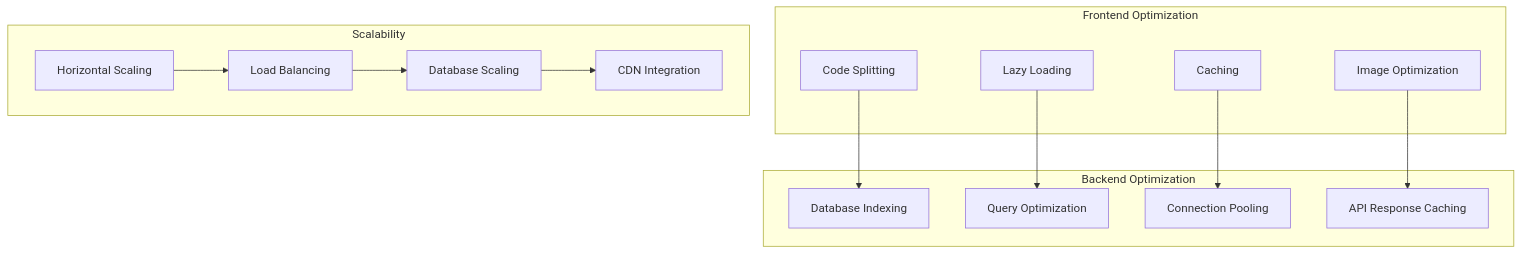
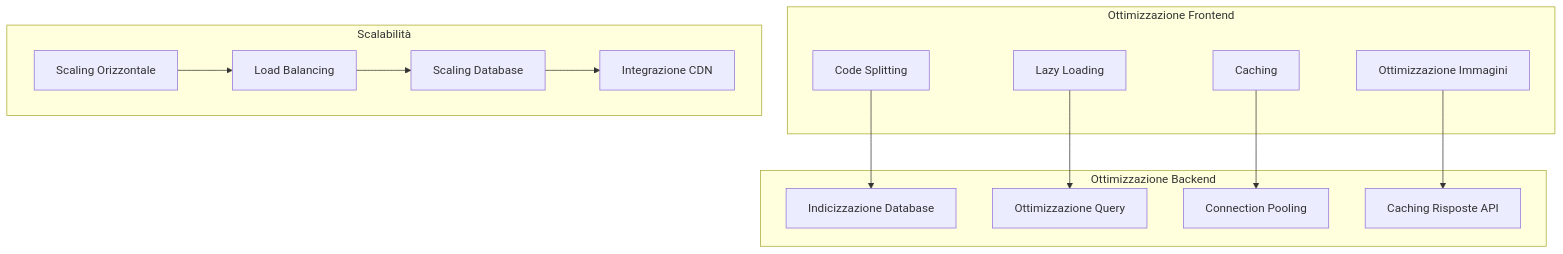
Before and after one commit to rosariomoscato/ValutAI: the tenth of 11 diagrams in ValutAI Tech Summary.md, drawn with Mermaid. The commit also changed other lines of this file and 3 other files, not shown here.

````diff
--- a/ValutAI Tech Summary.md
+++ b/ValutAI Tech Summary.md
@@ -543,29 +543,29 @@
 ```mermaid
 graph TD
-    subgraph "Frontend Optimization"
+    subgraph "Ottimizzazione Frontend"
         A[Code Splitting]
         B[Lazy Loading]
         C[Caching]
-        D[Image Optimization]
+        D[Ottimizzazione Immagini]
     end
     
-    subgraph "Backend Optimization"
-        E[Database Indexing]
-        F[Query Optimization]
+    subgraph "Ottimizzazione Backend"
+        E[Indicizzazione Database]
+        F[Ottimizzazione Query]
         G[Connection Pooling]
-        H[API Response Caching]
+        H[Caching Risposte API]
     end
     
-    subgraph "Scalability"
-        I[Horizontal Scaling]
+    subgraph "Scalabilità"
+        I[Scaling Orizzontale]
         J[Load Balancing]
-        K[Database Scaling]
-        L[CDN Integration]
+        K[Scaling Database]
+        L[Integrazione CDN]
     end
     
     A --> E
     B --> F
     C --> G
     D --> H
     I --> J --> K --> L
 ```
````
